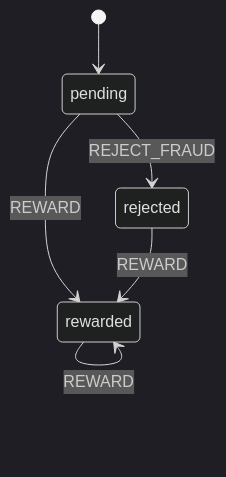
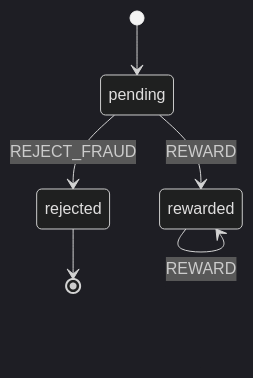
Before and after one commit to kody-hq/kody: diagram 19 of 52 in docs/contributing/state-machines.md, drawn with Mermaid (dark theme). The commit also changed other lines of this file and 13 other files, not shown here.

````diff
--- a/docs/contributing/state-machines.md
+++ b/docs/contributing/state-machines.md
@@ -642,8 +640,8 @@
 ```mermaid
 stateDiagram-v2
     [*] --> pending
     pending --> rejected: REJECT_FRAUD
     pending --> rewarded: REWARD
     rewarded --> rewarded: REWARD
-    rejected --> rewarded: REWARD
+    rejected --> [*]
 ```
````
